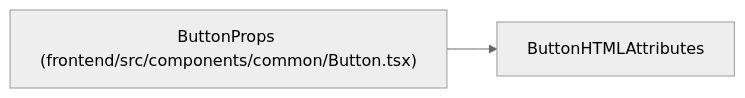
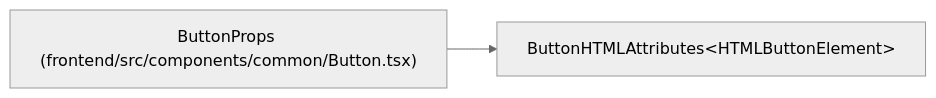
One commit to Denissvgn/WorkChord changed the diagram in docs/llm_wiki/entities/ButtonProps.md. Above: the diagram before and after it, drawn with Mermaid (neutral theme). The commit also changed other lines of this file and 25171 other files, not shown here.

````diff
--- a/docs/llm_wiki/entities/ButtonProps.md
+++ b/docs/llm_wiki/entities/ButtonProps.md
@@ -27,7 +27,7 @@
 ```mermaid
 flowchart LR
     n0["ButtonProps (frontend/src/components/common/Button.tsx)"]
-    n1["ButtonHTMLAttributes"]
+    n1["ButtonHTMLAttributes#60;HTMLButtonElement#62;"]
     n0 --> n1
     click n0 "../modules/Button.md"
 ```
````
